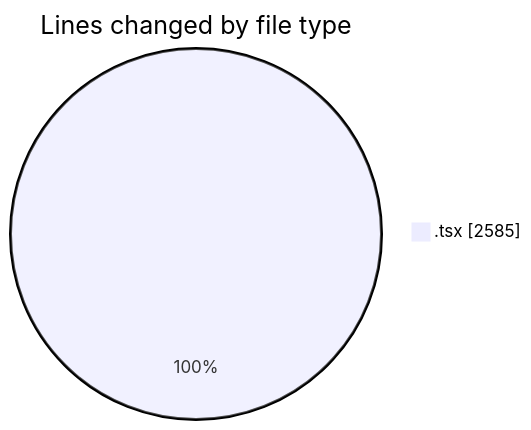
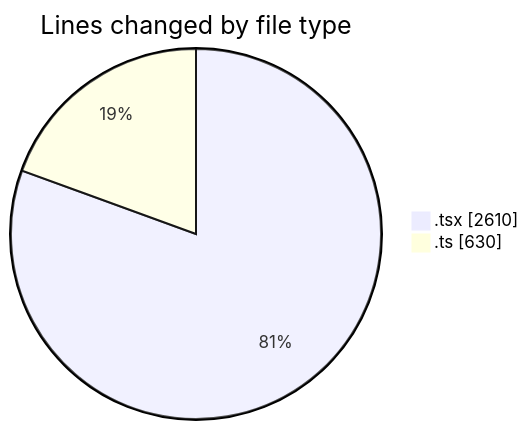
The first of 2 diagrams in 2026-06-15/nxtqube_webapp/README.md (nxtqubesakshisongat/code-tracking), drawn with Mermaid before and after one commit. The commit also changed other lines of this file and 1 other file, not shown here.

````diff
--- a/2026-06-15/nxtqube_webapp/README.md
+++ b/2026-06-15/nxtqube_webapp/README.md
@@ -22,5 +23,6 @@
 ```mermaid
 pie showData
 title Lines changed by file type
-".tsx" : 2585
+".tsx" : 2610
+".ts" : 630
 ```
````
